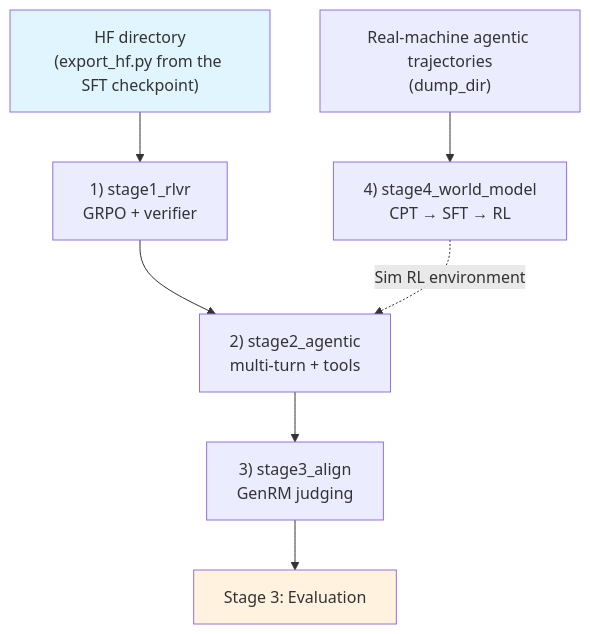
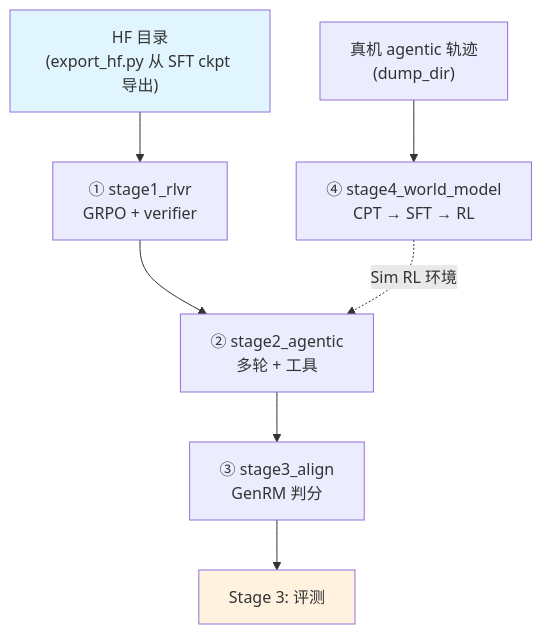
One commit to zongzhilou/shensi changed the diagram in src/shensi/recipes/shensi/stage2_rl/README.md. Above: the diagram before and after it, drawn with Mermaid. The commit also changed other lines of this file and 13 other files, not shown here.

````diff
--- a/src/shensi/recipes/shensi/stage2_rl/README.md
+++ b/src/shensi/recipes/shensi/stage2_rl/README.md
@@ -110,12 +106,11 @@
 ```mermaid
 flowchart TB
-    hf["HF directory<br/>(export_hf.py from the SFT checkpoint)"] --> r1["1) stage1_rlvr<br/>GRPO + verifier"]
-    r1 --> r2["2) stage2_agentic<br/>multi-turn + tools"]
-    r2 --> r3["3) stage3_align<br/>GenRM judging"]
-    traj["Real-machine agentic trajectories<br/>(dump_dir)"] --> wm["4) stage4_world_model<br/>CPT → SFT → RL"]
-    wm -.->|"Sim RL environment"| r2
-    r3 --> ev["Stage 3: Evaluation"]
-
+    hf["HF 目录<br/>(export_hf.py 从 SFT ckpt 导出)"] --> r1["① stage1_rlvr<br/>GRPO + verifier"]
+    r1 --> r2["② stage2_agentic<br/>多轮 + 工具"]
+    r2 --> r3["③ stage3_align<br/>GenRM 判分"]
+    traj["真机 agentic 轨迹<br/>(dump_dir)"] --> wm["④ stage4_world_model<br/>CPT → SFT → RL"]
+    wm -.->|"Sim RL 环境"| r2
+    r3 --> ev["Stage 3: 评测"]
     style hf fill:#e1f5fe
     style ev fill:#fff3e0
 ```
````
